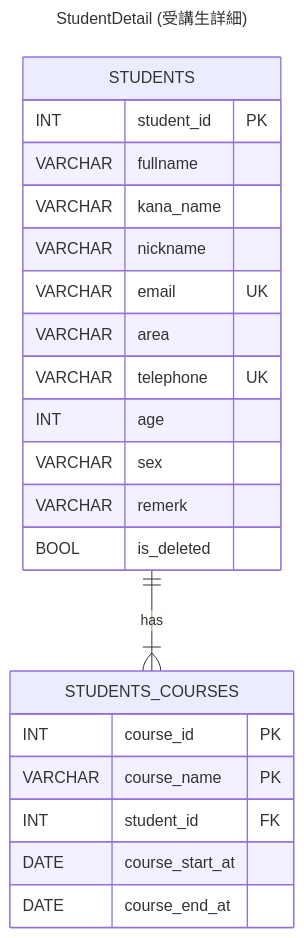
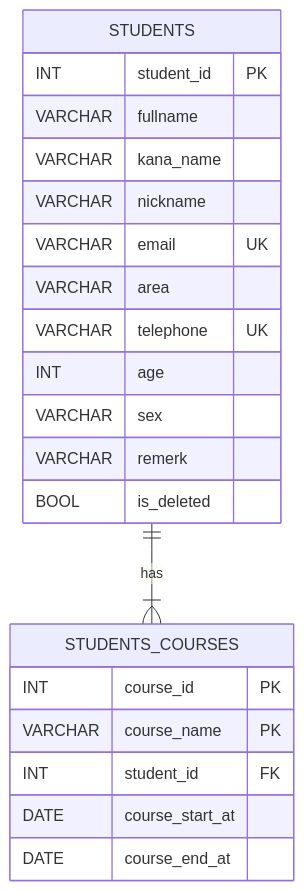
One commit to saway261/StudentManagement changed the first of 7 diagrams in README.md. Above: the diagram before and after it, drawn with Mermaid.

Commit message:
docs: README修正(紛らわしいので、ER図からStudentDetailというタイトルを修正)

````diff
--- a/README.md
+++ b/README.md
@@ -46,27 +46,24 @@
 ```mermaid
----
-title: StudentDetail (受講生詳細)
----
 erDiagram
     STUDENTS ||--|{ STUDENTS_COURSES: "has"
     STUDENTS {
         INT student_id PK
         VARCHAR fullname
         VARCHAR kana_name
         VARCHAR nickname
         VARCHAR email UK
         VARCHAR area
         VARCHAR telephone UK
         INT age
         VARCHAR sex
         VARCHAR remerk
         BOOL is_deleted
     }
     STUDENTS_COURSES {
         INT course_id PK
         VARCHAR course_name PK
         INT student_id FK
         DATE course_start_at
         DATE course_end_at
     }
 ```
````
